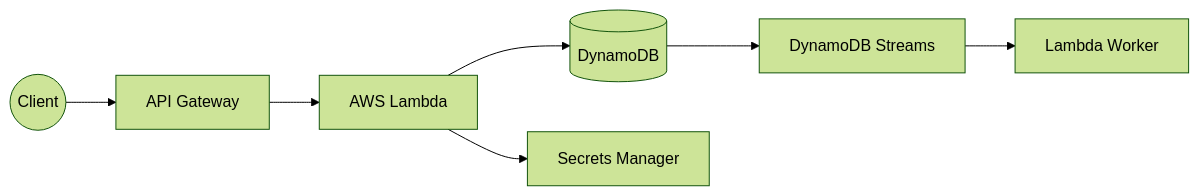
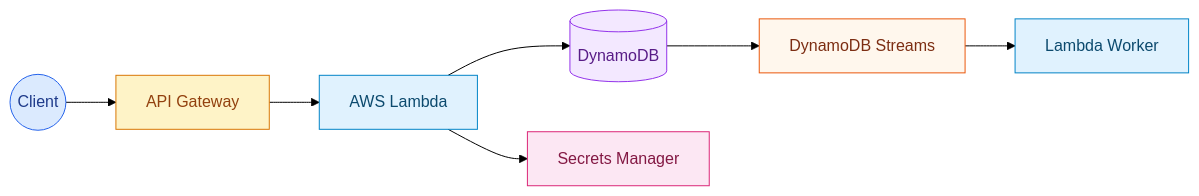
One commit to dinhnhatnguyen/Map_di_phong_van changed the third of 11 diagrams in AWS/02-architecture/architecture-patterns.md. Above: the diagram before and after it, drawn with Mermaid (forest theme). The commit also changed other lines of this file and 1 other file, not shown here.

Commit message:
docs: Enhance architecture patterns documentation with improved mermaid diagrams and additional details

````diff
--- a/AWS/02-architecture/architecture-patterns.md
+++ b/AWS/02-architecture/architecture-patterns.md
@@ -70,9 +91,16 @@
 ```mermaid
 flowchart LR
-    Client((Client)) --> APIGW[API Gateway]
-    APIGW --> Lambda[AWS Lambda]
-    Lambda --> DDB[(DynamoDB)]
-    Lambda --> SM[Secrets Manager]
-    DDB --> Streams[DynamoDB Streams]
-    Streams --> Worker[Lambda Worker]
+    classDef internet  fill:#dbeafe,stroke:#2563eb,color:#1e3a8a
+    classDef edge      fill:#fef3c7,stroke:#d97706,color:#92400e
+    classDef compute   fill:#e0f2fe,stroke:#0284c7,color:#0c4a6e
+    classDef db        fill:#f3e8ff,stroke:#9333ea,color:#581c87
+    classDef security  fill:#fce7f3,stroke:#db2777,color:#831843
+    classDef integration fill:#fff7ed,stroke:#ea580c,color:#7c2d12
+
+    Client((Client)):::internet --> APIGW[API Gateway]:::edge
+    APIGW --> Lambda[AWS Lambda]:::compute
+    Lambda --> DDB[(DynamoDB)]:::db
+    Lambda --> SM[Secrets Manager]:::security
+    DDB --> Streams[DynamoDB Streams]:::integration
+    Streams --> Worker[Lambda Worker]:::compute
 ```
````
